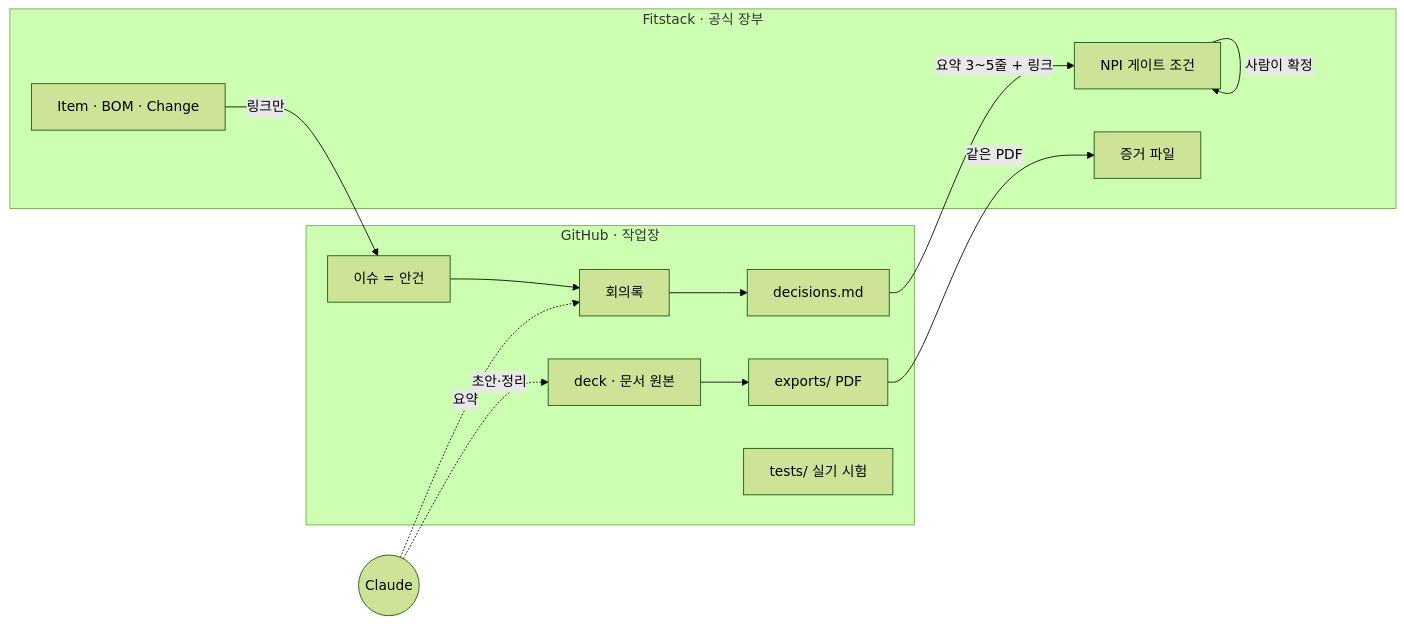
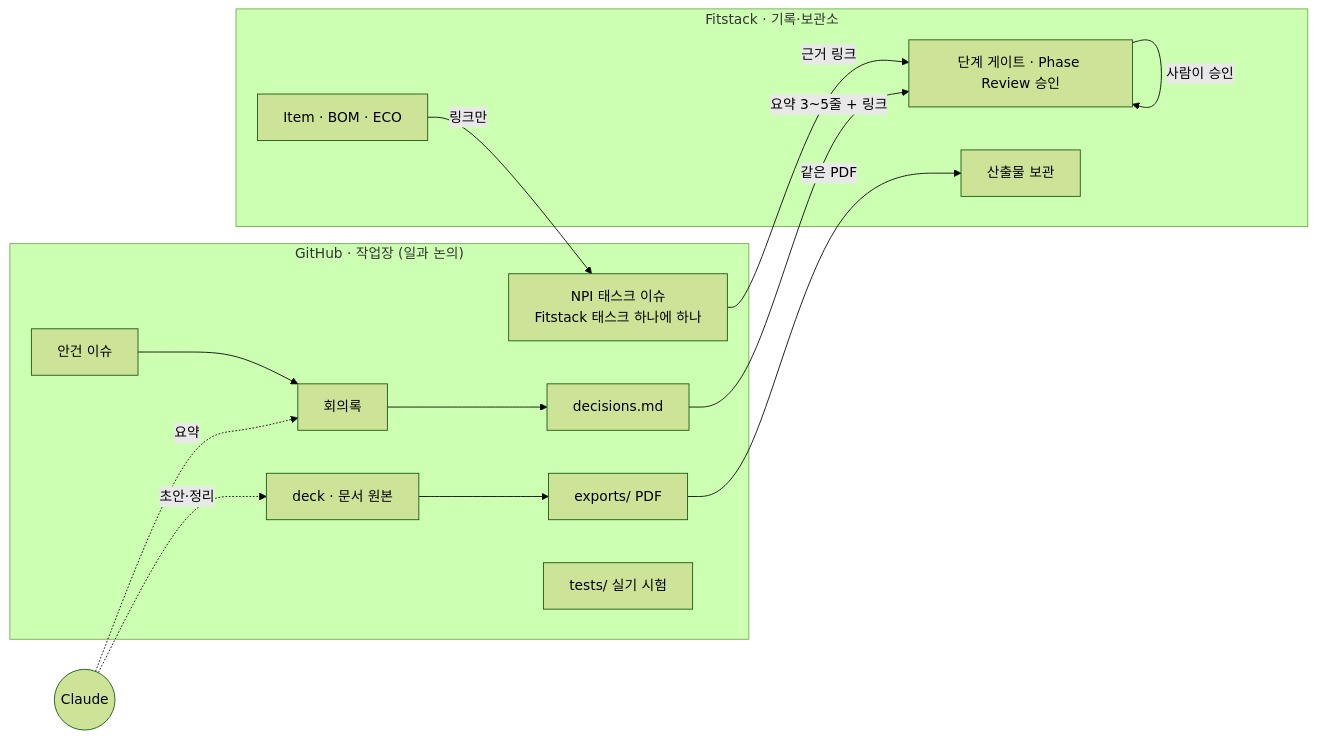
Before and after one commit to GeonwooKim-fitogether/smart-dock-npi: the first of 2 diagrams in docs/working-model.md, drawn with Mermaid (forest theme). The commit also changed other lines of this file, not shown here.

First line of the commit message:
docs: 운영 틀을 v0.2 로 고친다 — 일은 GitHub, 기록은 Fitstack

````diff
--- a/docs/working-model.md
+++ b/docs/working-model.md
@@ -19,20 +27,22 @@
 ```mermaid
 flowchart LR
-  subgraph GH["GitHub · 작업장"]
-    I[이슈 = 안건] --> M[회의록]
+  subgraph GH["GitHub · 작업장 (일과 논의)"]
+    T[NPI 태스크 이슈<br/>Fitstack 태스크 하나에 하나]
+    A[안건 이슈] --> M[회의록]
     M --> D[decisions.md]
     S[deck · 문서 원본] --> P[exports/ PDF]
-    T[tests/ 실기 시험]
+    X[tests/ 실기 시험]
   end
-  subgraph FS["Fitstack · 공식 장부"]
-    G[NPI 게이트 조건]
-    E[증거 파일]
-    B[Item · BOM · Change]
+  subgraph FS["Fitstack · 기록·보관소"]
+    G[단계 게이트 · Phase Review 승인]
+    E[산출물 보관]
+    B[Item · BOM · ECO]
   end
   C((Claude)) -. 초안·정리 .-> S
   C -. 요약 .-> M
+  T -- 근거 링크 --> G
   D -- 요약 3~5줄 + 링크 --> G
   P -- 같은 PDF --> E
-  G -- 사람이 확정 --> G
-  B -- 링크만 --> I
+  G -- 사람이 승인 --> G
+  B -- 링크만 --> T
 ```
````
